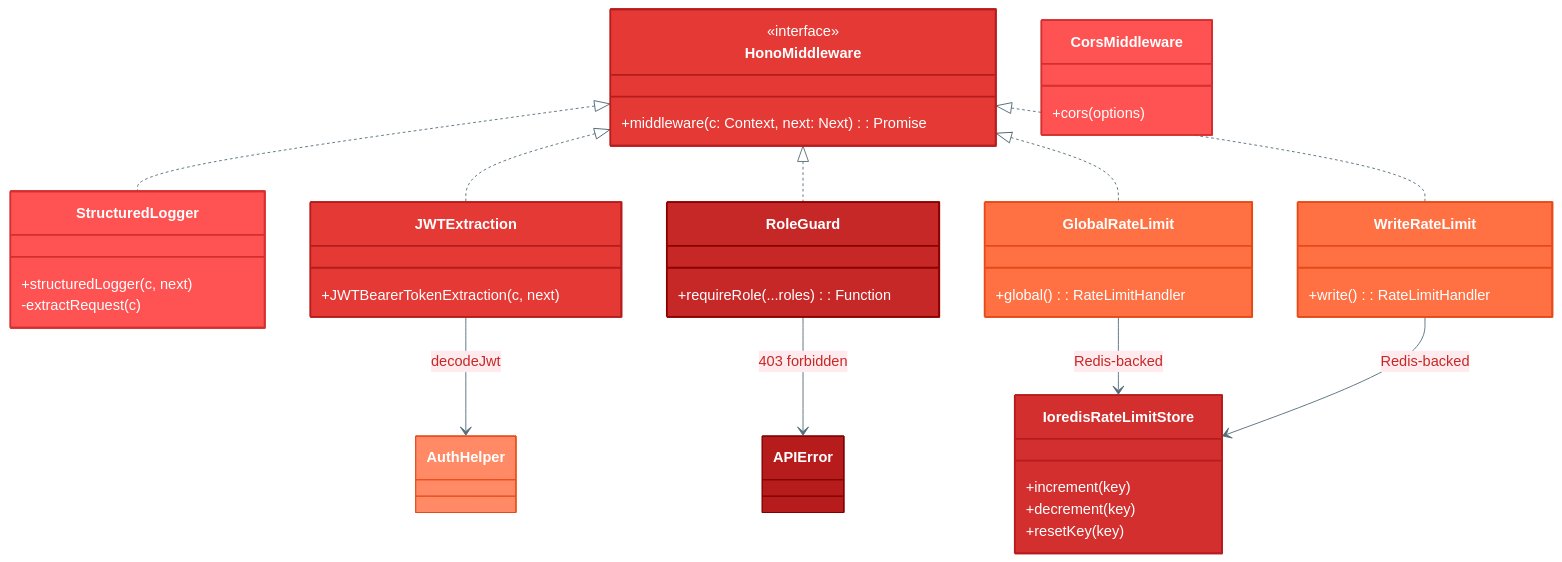
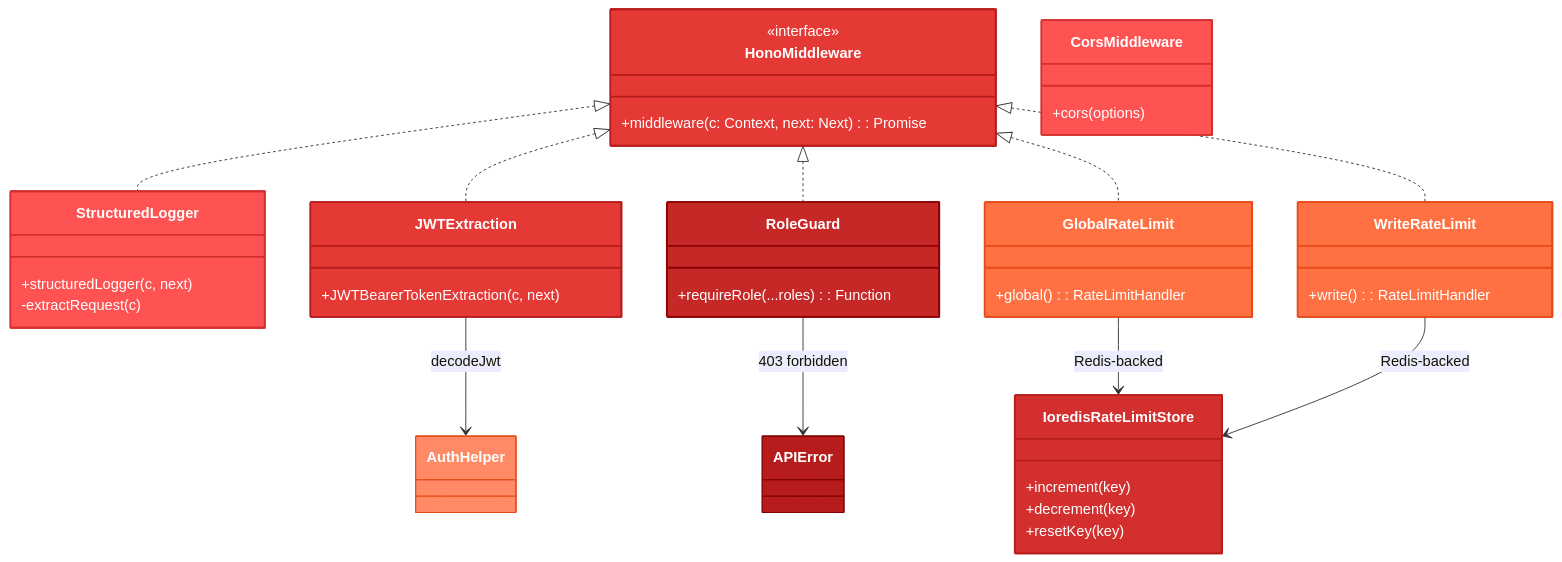
Before and after one commit to luna-gindra/c4-architecture-hono-api-seminar: diagram 11 of 12 in architecture-c4-level4.md, drawn with Mermaid. The commit also changed other lines of this file and 1 other file, not shown here.

First line of the commit message:
🎨 Fix: Switch all diagrams to default (white) theme for GitHub readability

````diff
--- a/architecture-c4-level4.md
+++ b/architecture-c4-level4.md
@@ -1085,66 +1023,61 @@
 ```mermaid
-%%{init: {"theme": "base", "themeVariables": {
-    "primaryColor": "#FFEBEE",
-    "primaryTextColor": "#C62828",
-    "lineColor": "#546E7A",
-    "fontSize": 13
-}}}%%
+%%{init: {"theme": "default"}}%%
 classDiagram
     class HonoMiddleware {
         <<interface>>
         +middleware(c: Context, next: Next): Promise
     }
 
     class CorsMiddleware {
         +cors(options)
     }
 
     class StructuredLogger {
         +structuredLogger(c, next)
         -extractRequest(c)
     }
 
     class GlobalRateLimit {
         +global(): RateLimitHandler
     }
 
     class WriteRateLimit {
         +write(): RateLimitHandler
     }
 
     class IoredisRateLimitStore {
         +increment(key)
         +decrement(key)
         +resetKey(key)
     }
 
     class JWTExtraction {
         +JWTBearerTokenExtraction(c, next)
     }
 
     class RoleGuard {
         +requireRole(...roles): Function
     }
 
     HonoMiddleware <|.. StructuredLogger
     HonoMiddleware <|.. JWTExtraction
     HonoMiddleware <|.. RoleGuard
     HonoMiddleware <|.. GlobalRateLimit
     HonoMiddleware <|.. WriteRateLimit
 
     GlobalRateLimit --> IoredisRateLimitStore : Redis-backed
     WriteRateLimit --> IoredisRateLimitStore : Redis-backed
     JWTExtraction --> AuthHelper : decodeJwt
     RoleGuard --> APIError : 403 forbidden
 
     style HonoMiddleware fill:#E53935,color:#fff,stroke:#B71C1C,stroke-width:2px
     style CorsMiddleware fill:#FF5252,color:#fff,stroke:#D32F2F,stroke-width:2px
     style StructuredLogger fill:#FF5252,color:#fff,stroke:#D32F2F,stroke-width:2px
     style GlobalRateLimit fill:#FF7043,color:#fff,stroke:#E64A19,stroke-width:2px
     style WriteRateLimit fill:#FF7043,color:#fff,stroke:#E64A19,stroke-width:2px
     style IoredisRateLimitStore fill:#D32F2F,color:#fff,stroke:#B71C1C,stroke-width:2px
     style JWTExtraction fill:#E53935,color:#fff,stroke:#B71C1C,stroke-width:2px
     style RoleGuard fill:#C62828,color:#fff,stroke:#8E0000,stroke-width:2px
     style AuthHelper fill:#FF8A65,color:#fff,stroke:#E64A19,stroke-width:1px
     style APIError fill:#B71C1C,color:#fff,stroke:#7F0000,stroke-width:1px
 ```
````
